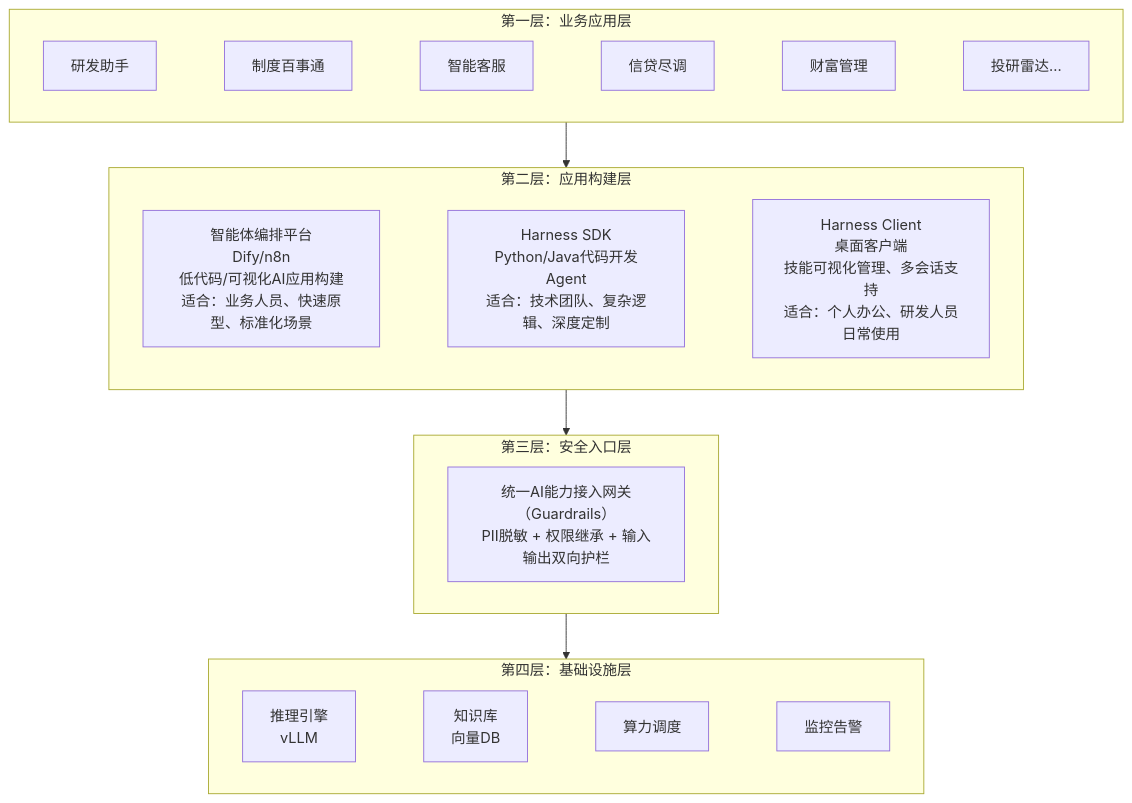
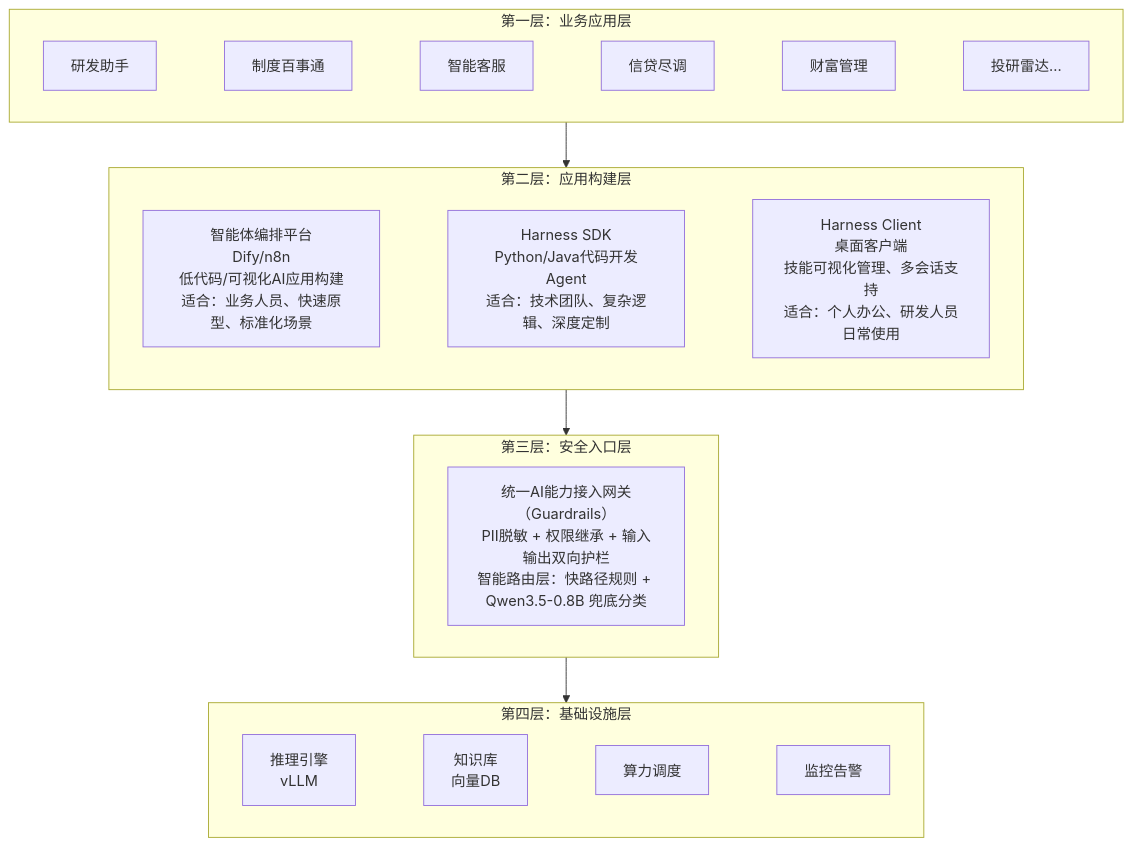
Before and after one commit to wonglaitung/splan: the first of 15 diagrams in 2. 银行大模型技术架构总览.md, drawn with Mermaid. The commit also changed other lines of this file and 4 other files, not shown here.

````diff
--- a/2. 银行大模型技术架构总览.md
+++ b/2. 银行大模型技术架构总览.md
@@ -26,26 +26,26 @@
 ```mermaid
 flowchart TB
     subgraph L1["第一层：业务应用层"]
         direction LR
         A1["研发助手"] ~~~ A2["制度百事通"] ~~~ A3["智能客服"] ~~~ A4["信贷尽调"] ~~~ A5["财富管理"] ~~~ A6["投研雷达..."]
     end
     subgraph L2["第二层：应用构建层"]
         direction LR
         B1["智能体编排平台<br/>Dify/n8n<br/>低代码/可视化AI应用构建<br/>适合：业务人员、快速原型、标准化场景"]
         B2["Harness SDK<br/>Python/Java代码开发Agent<br/>适合：技术团队、复杂逻辑、深度定制"]
         B3["Harness Client<br/>桌面客户端<br/>技能可视化管理、多会话支持<br/>适合：个人办公、研发人员日常使用"]
         B1 ~~~ B2 ~~~ B3
     end
     subgraph L3["第三层：安全入口层"]
-        C["统一AI能力接入网关（Guardrails）<br/>PII脱敏 + 权限继承 + 输入输出双向护栏"]
+        C["统一AI能力接入网关（Guardrails）<br/>PII脱敏 + 权限继承 + 输入输出双向护栏<br/>智能路由层：快路径规则 + Qwen3.5-0.8B 兜底分类"]
     end
     subgraph L4["第四层：基础设施层"]
         direction LR
         D1["推理引擎<br/>vLLM"]
         D2["知识库<br/>向量DB"]
         D3["算力调度"]
         D4["监控告警"]
         D1 ~~~ D2 ~~~ D3 ~~~ D4
     end
     L1 --> L2 --> L3 --> L4
 ```
````
